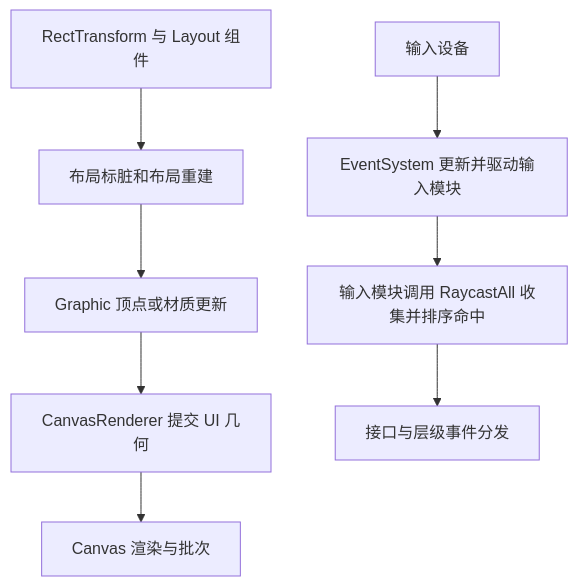
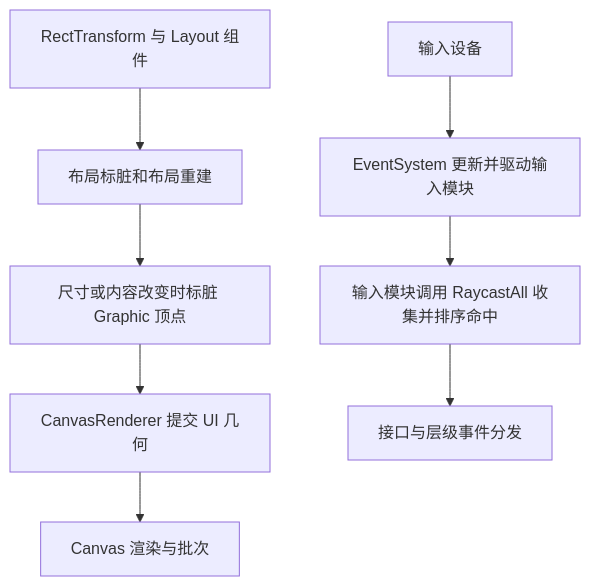
One commit to BoyLei/Performance changed the first of 6 diagrams in Unity性能优化/UGUI架构与事件顺序.md. Above: the diagram before and after it, drawn with Mermaid. The commit also changed other lines of this file and 26 other files, not shown here.

````diff
--- a/Unity性能优化/UGUI架构与事件顺序.md
+++ b/Unity性能优化/UGUI架构与事件顺序.md
@@ -16,10 +16,10 @@
 ```mermaid
 flowchart TD
   A[RectTransform 与 Layout 组件] --> B[布局标脏和布局重建]
-  B --> C[Graphic 顶点或材质更新]
+  B --> C[尺寸或内容改变时标脏 Graphic 顶点]
   C --> D[CanvasRenderer 提交 UI 几何]
   D --> E[Canvas 渲染与批次]
   F[输入设备] --> G[EventSystem 更新并驱动输入模块]
   G --> H[输入模块调用 RaycastAll 收集并排序命中]
   H --> I[接口与层级事件分发]
 ```
````
